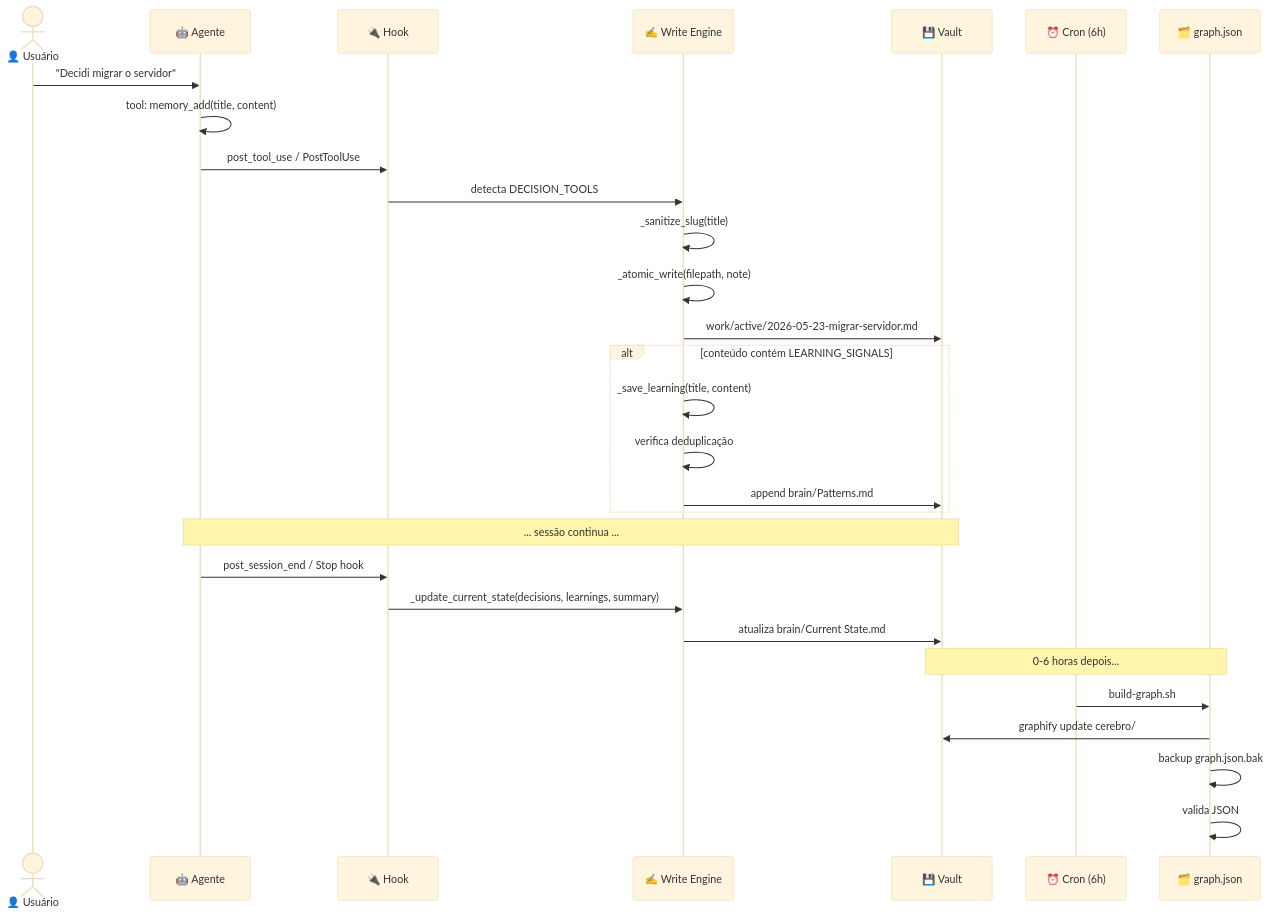
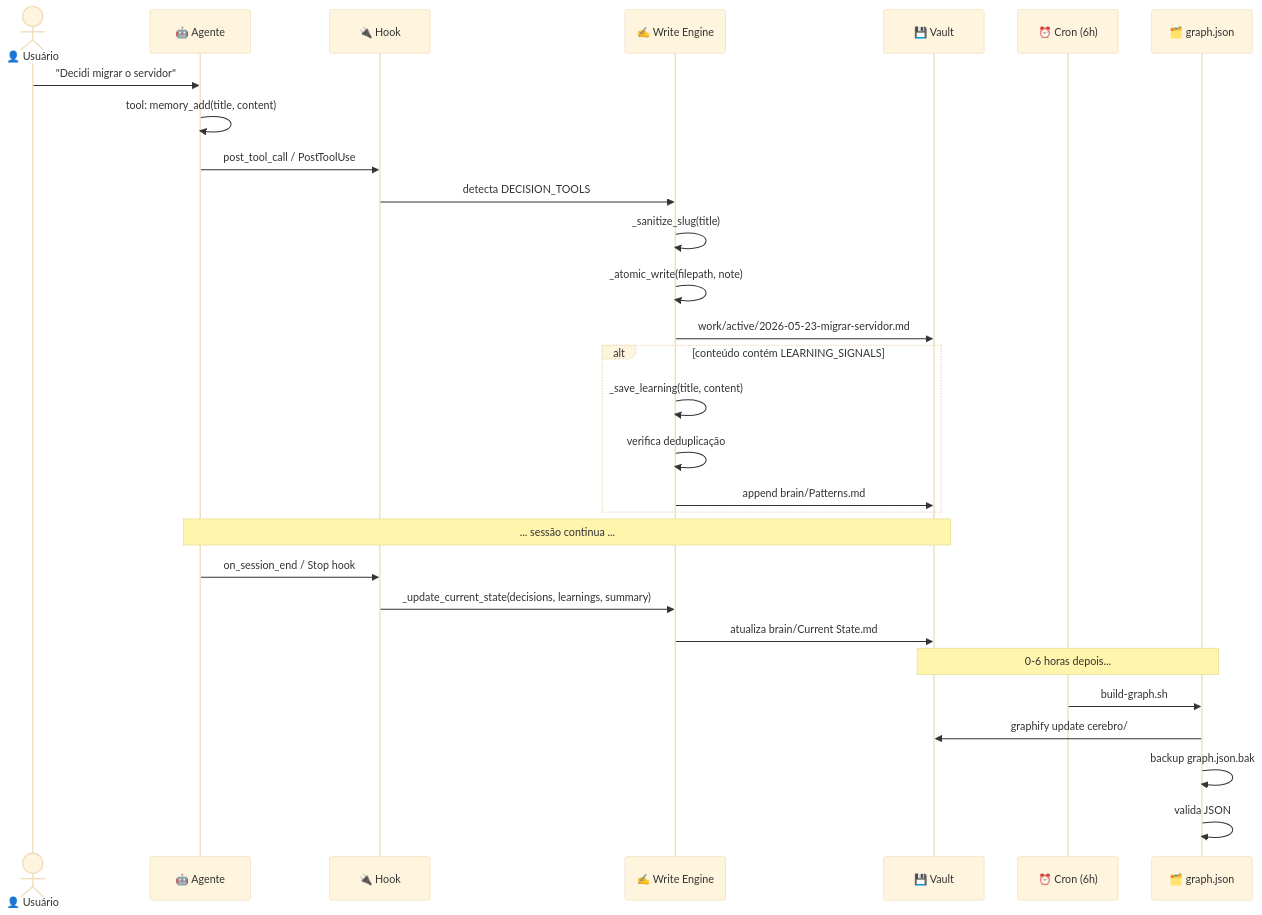
Before and after one commit to Mlaurindo30/Hive-Mind: the third of 8 diagrams in docs/05-blueprints.md, drawn with Mermaid (base theme). The commit also changed other lines of this file and 6 other files, not shown here.

````diff
--- a/docs/05-blueprints.md
+++ b/docs/05-blueprints.md
@@ -112,39 +112,39 @@
 ```mermaid
 sequenceDiagram
     actor User as 👤 Usuário
     participant Agent as 🤖 Agente
     participant Hook as 🔌 Hook
     participant Writer as ✍️ Write Engine
     participant Vault as 💾 Vault
     participant Cron as ⏰ Cron (6h)
     participant Graph as 🗂️ graph.json
 
     User->>Agent: "Decidi migrar o servidor"
     Agent->>Agent: tool: memory_add(title, content)
     
-    Agent->>Hook: post_tool_use / PostToolUse
+    Agent->>Hook: post_tool_call / PostToolUse
     
     Hook->>Writer: detecta DECISION_TOOLS
     Writer->>Writer: _sanitize_slug(title)
     Writer->>Writer: _atomic_write(filepath, note)
     Writer->>Vault: work/active/2026-05-23-migrar-servidor.md
     
     alt conteúdo contém LEARNING_SIGNALS
         Writer->>Writer: _save_learning(title, content)
         Writer->>Writer: verifica deduplicação
         Writer->>Vault: append brain/Patterns.md
     end
     
     Note over Agent,Vault: ... sessão continua ...
     
-    Agent->>Hook: post_session_end / Stop hook
+    Agent->>Hook: on_session_end / Stop hook
     Hook->>Writer: _update_current_state(decisions, learnings, summary)
     Writer->>Vault: atualiza brain/Current State.md
     
     Note over Vault,Graph: 0-6 horas depois...
     
     Cron->>Graph: build-graph.sh
     Graph->>Vault: graphify update cerebro/
     Graph->>Graph: backup graph.json.bak
     Graph->>Graph: valida JSON
 ```
````
